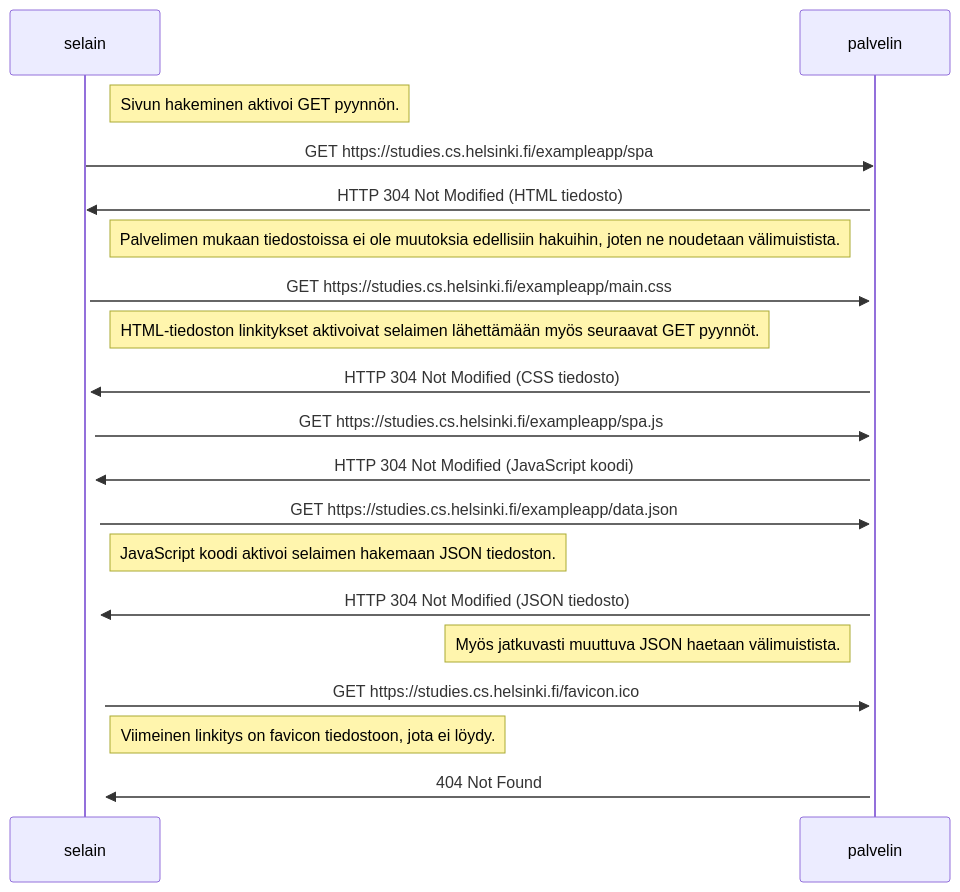
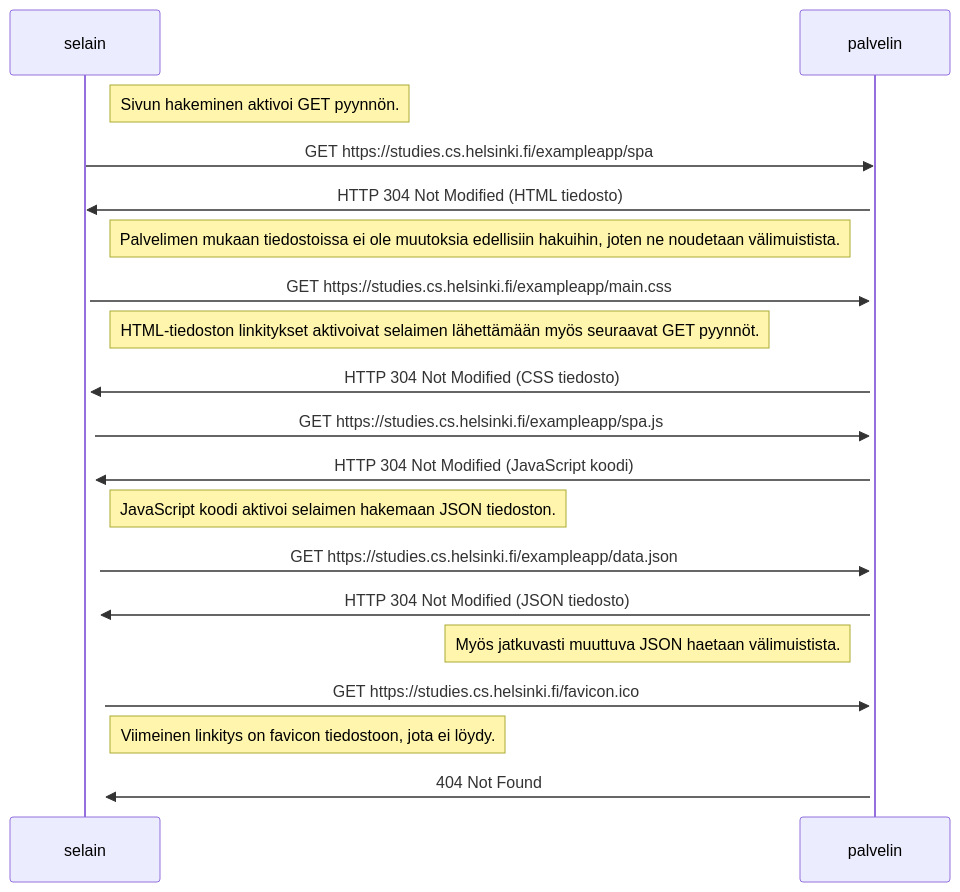
The diagram in Osa0/teht05.md (Heidi-Suurkaulio/fullstack-kurssi), drawn with Mermaid before and after one commit. The commit also changed other lines of this file, not shown here.

````diff
--- a/Osa0/teht05.md
+++ b/Osa0/teht05.md
@@ -3,43 +3,43 @@
 ```mermaid
 sequenceDiagram
 participant selain
 participant palvelin
 
 Note right of selain: Sivun hakeminen aktivoi GET pyynnön.
 
 selain->>palvelin: GET https://studies.cs.helsinki.fi/exampleapp/spa 
 activate palvelin
 palvelin->>selain: HTTP 304 Not Modified (HTML tiedosto)
 
 Note left of palvelin: Palvelimen mukaan tiedostoissa ei ole muutoksia edellisiin hakuihin, joten ne noudetaan välimuistista. 
 
 activate selain
 selain->>palvelin: GET https://studies.cs.helsinki.fi/exampleapp/main.css
 
 Note right of selain: HTML-tiedoston linkitykset aktivoivat selaimen lähettämään myös seuraavat GET pyynnöt.
 
 activate palvelin
 palvelin->>selain: HTTP 304 Not Modified (CSS tiedosto)
 activate selain
 selain->>palvelin: GET https://studies.cs.helsinki.fi/exampleapp/spa.js 
 activate palvelin
 palvelin->>selain: HTTP 304 Not Modified (JavaScript koodi)
-activate selain
-selain->>palvelin: GET https://studies.cs.helsinki.fi/exampleapp/data.json 
 
 Note right of selain: JavaScript koodi aktivoi selaimen hakemaan JSON tiedoston.
 
+activate selain
+selain->>palvelin: GET https://studies.cs.helsinki.fi/exampleapp/data.json 
 activate palvelin
 palvelin->>selain: HTTP 304 Not Modified (JSON tiedosto) 
 
 Note left of palvelin: Myös jatkuvasti muuttuva JSON haetaan välimuistista.
 
 activate selain
 selain->>palvelin: GET https://studies.cs.helsinki.fi/favicon.ico
 
 Note right of selain: Viimeinen linkitys on favicon tiedostoon, jota ei löydy.
 
 activate palvelin
 palvelin->>selain: 404 Not Found
 
 ```
````
